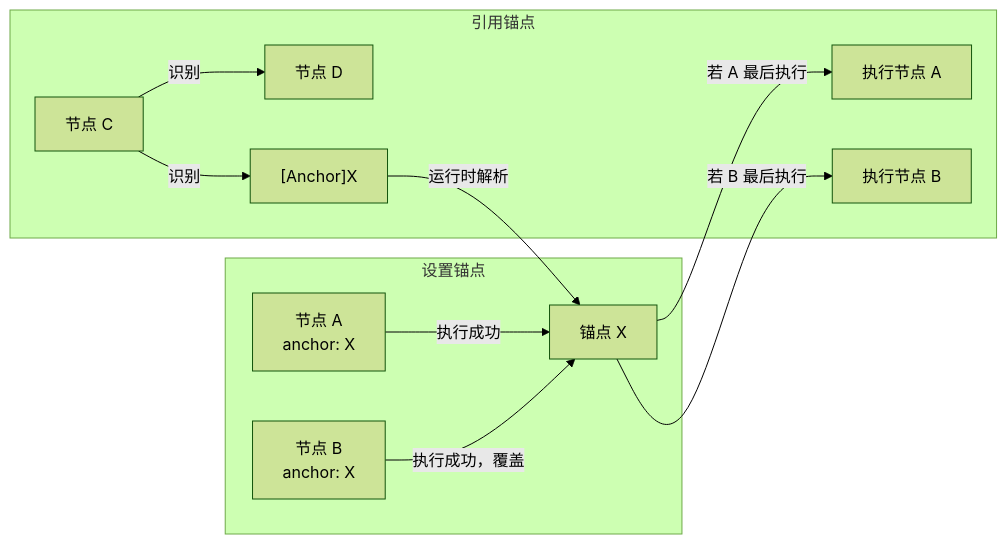
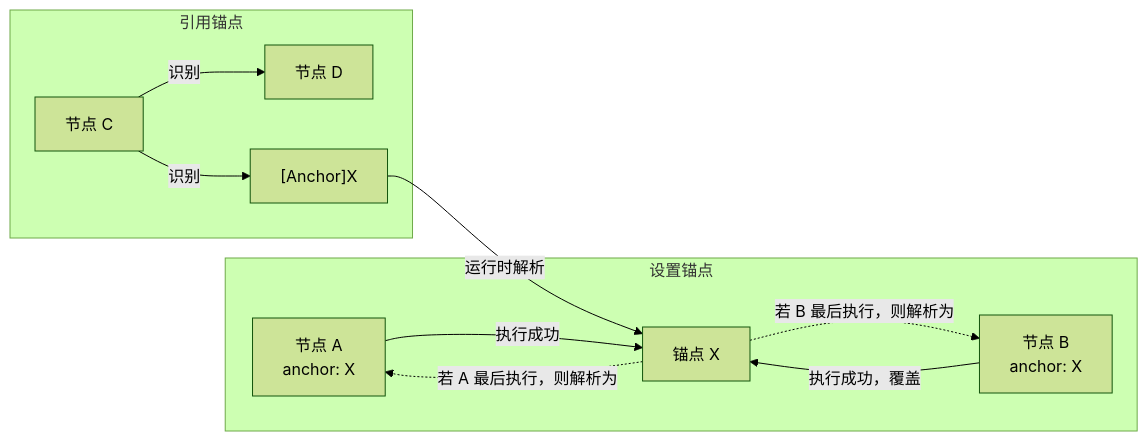
One commit to MaaXYZ/MaaFramework changed the fifth of 5 diagrams in docs/zh_cn/3.1-任务流水线协议.md. Above: the diagram before and after it, drawn with Mermaid (forest theme). The commit also changed 1 other file, not shown here.

Commit message:
Refine anchor diagram to show resolution pointing back to original nodes

````diff
--- a/docs/zh_cn/3.1-任务流水线协议.md
+++ b/docs/zh_cn/3.1-任务流水线协议.md
@@ -437,14 +437,14 @@
 ```mermaid
 graph LR
     subgraph 设置锚点
         A[节点 A<br/>anchor: X] -->|执行成功| X[锚点 X]
         B[节点 B<br/>anchor: X] -->|执行成功，覆盖| X
     end
     subgraph 引用锚点
         C[节点 C] -->|识别| D[节点 D]
         C -->|识别| E["[Anchor]X"]
         E -->|运行时解析| X
-        X -->|若 A 最后执行| RA[执行节点 A]
-        X -->|若 B 最后执行| RB[执行节点 B]
+        X -.->|若 A 最后执行，则解析为| A
+        X -.->|若 B 最后执行，则解析为| B
     end
 ```
````
